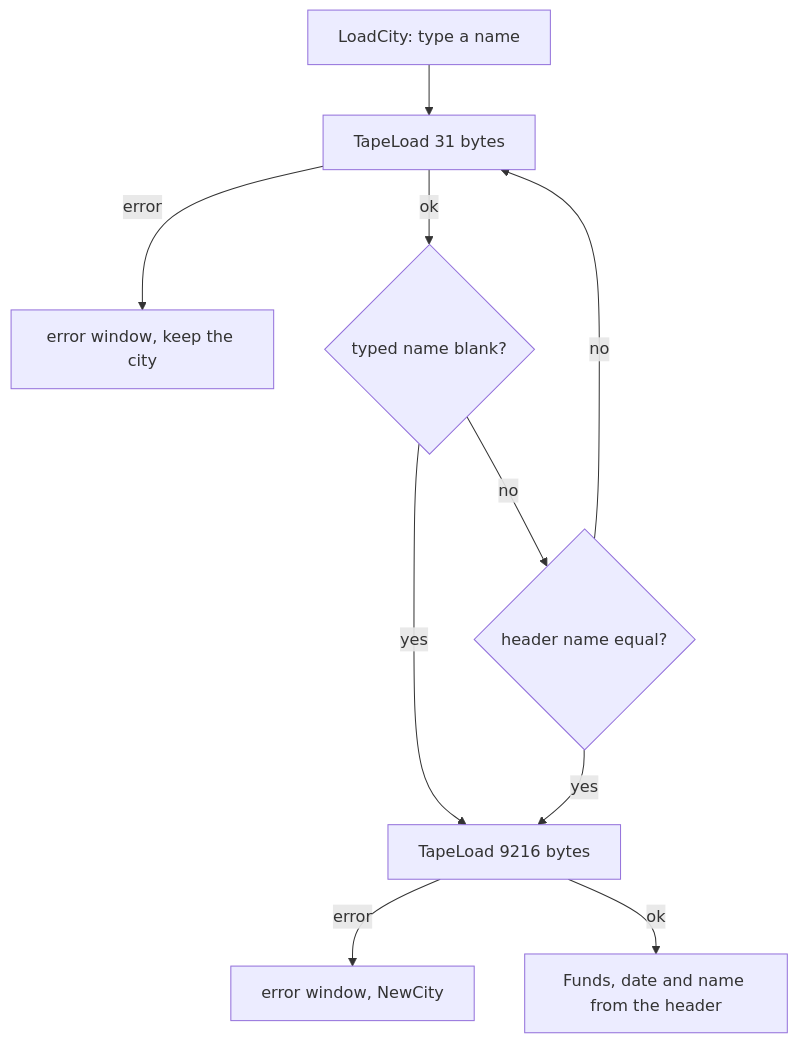
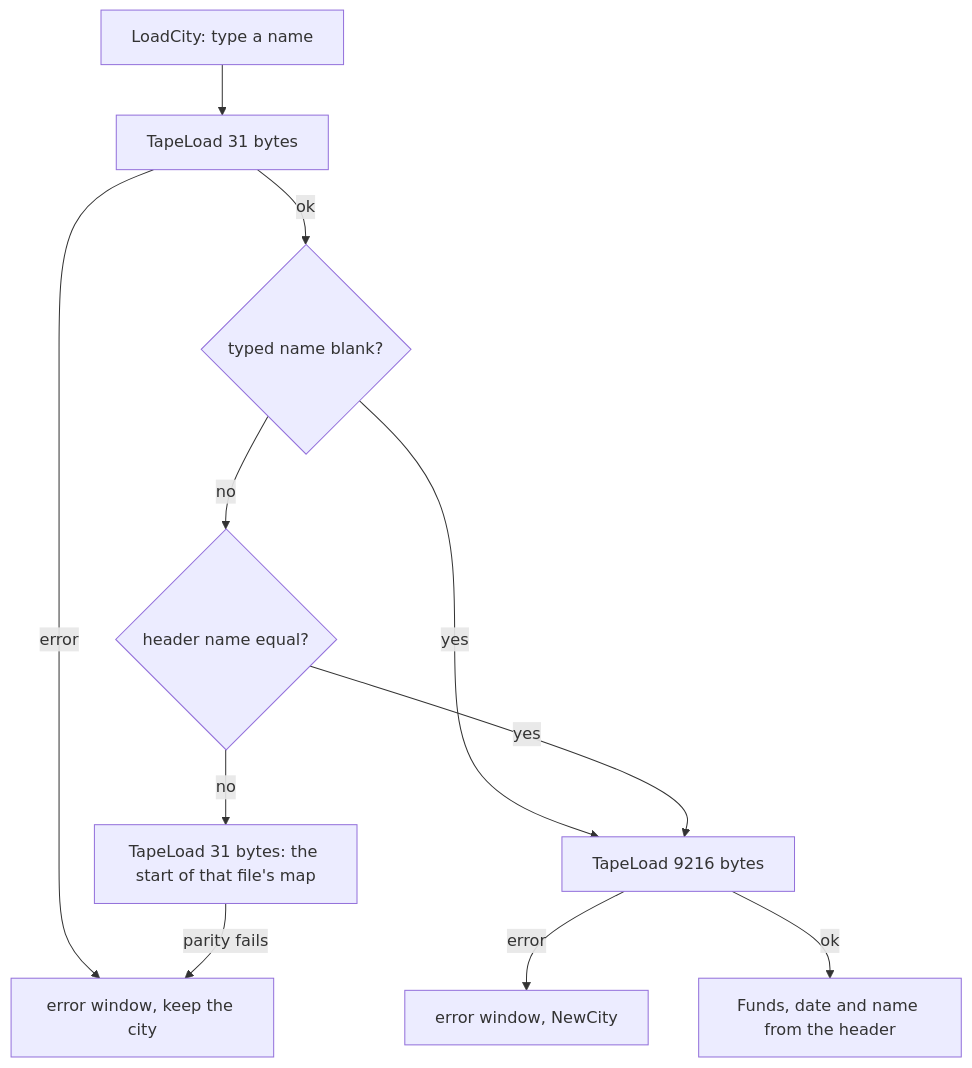
The eighth of 9 diagrams in games/simcity/docs/07-objects.md (alfishe/unrealng-reverse-cases), drawn with Mermaid before and after one commit. The commit also changed other lines of this file and 32 other files, not shown here.

````diff
--- a/games/simcity/docs/07-objects.md
+++ b/games/simcity/docs/07-objects.md
@@ -696,12 +740,13 @@
 ```mermaid
 flowchart TD
     L[LoadCity: type a name] --> H[TapeLoad 31 bytes]
     H -- error --> E1[error window, keep the city]
     H -- ok --> B{typed name blank?}
     B -- yes --> M[TapeLoad 9216 bytes]
     B -- no --> C{header name equal?}
-    C -- no --> H
+    C -- no --> H2[TapeLoad 31 bytes: the start of that file's map]
+    H2 -- parity fails --> E1
     C -- yes --> M
     M -- error --> E2[error window, NewCity]
     M -- ok --> R[Funds, date and name from the header]
 ```
````
